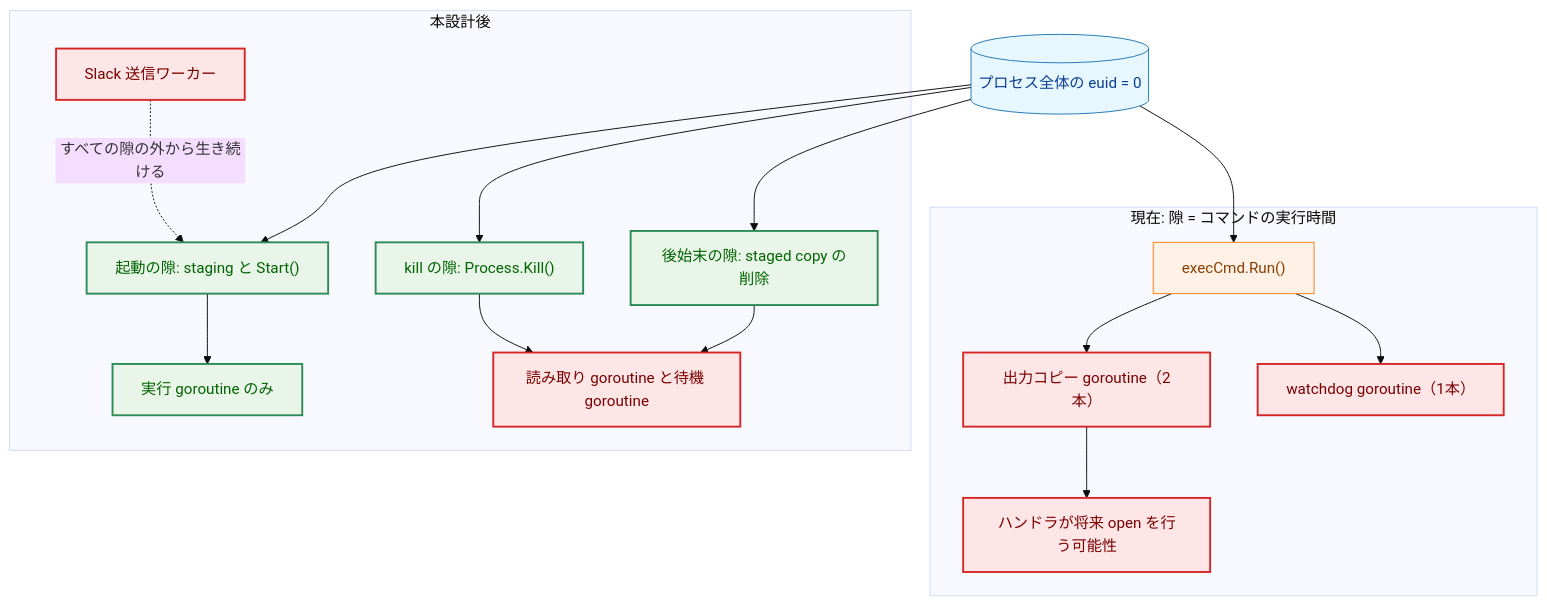
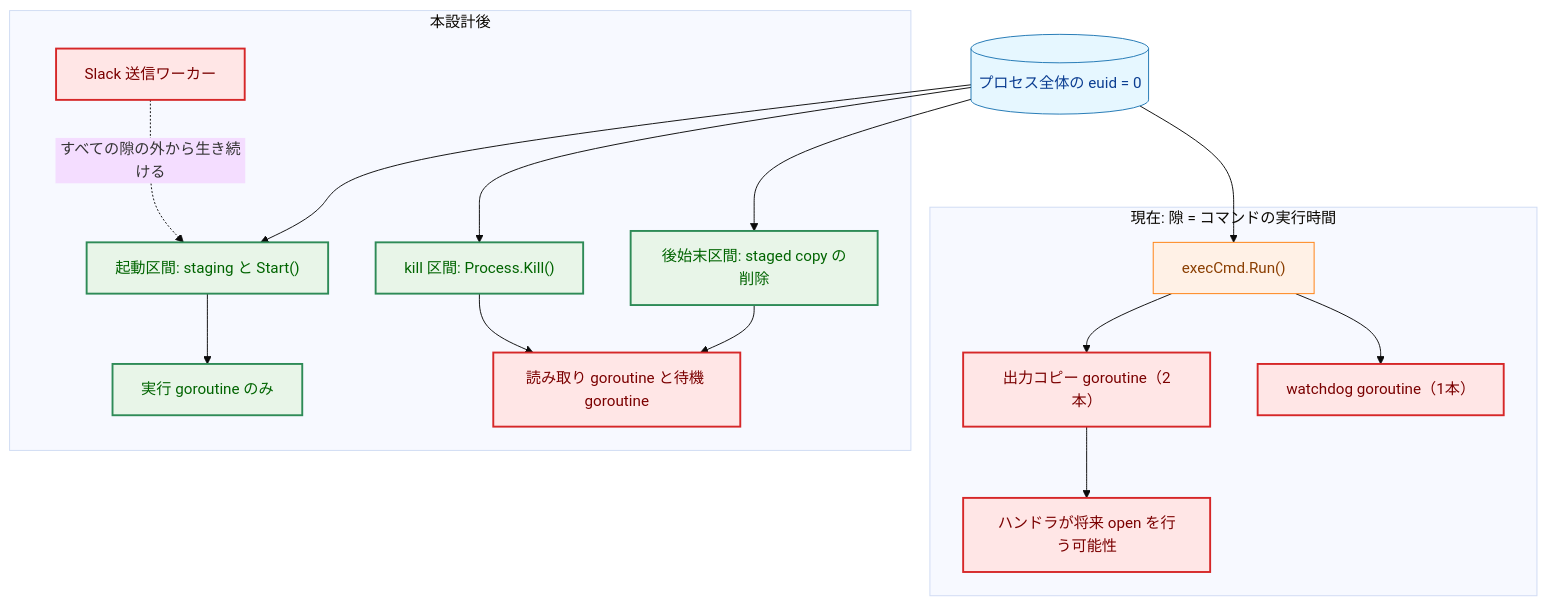
One commit to isseis/go-safe-cmd-runner changed the ninth of 13 diagrams in docs/tasks/0171_privilege_gap_narrowing/02_architecture.md. Above: the diagram before and after it, drawn with Mermaid (base theme). The commit also changed other lines of this file and 1 other file, not shown here.

````diff
--- a/docs/tasks/0171_privilege_gap_narrowing/02_architecture.md
+++ b/docs/tasks/0171_privilege_gap_narrowing/02_architecture.md
@@ -945,44 +945,44 @@
 ```mermaid
 flowchart TD
     classDef data fill:#e6f7ff,stroke:#1f77b4,stroke-width:1px,color:#0b3d91;
     classDef process fill:#fff1e6,stroke:#ff7f0e,stroke-width:1px,color:#8a3e00;
     classDef problem fill:#ffe6e6,stroke:#d62728,stroke-width:2px,color:#7b0000;
     classDef enhanced fill:#e8f5e8,stroke:#2e8b57,stroke-width:2px,color:#006400;
 
     EUID[("プロセス全体の euid = 0")]
 
     subgraph NOW["現在: 隙 = コマンドの実行時間"]
         N1["execCmd.Run()"]
         N2["出力コピー goroutine（2本）"]
         N3["watchdog goroutine（1本）"]
         N4["ハンドラが将来 open を行う可能性"]
         N1 --> N2
         N1 --> N3
         N2 --> N4
     end
 
     subgraph NEXT["本設計後"]
-        X1["起動の隙: staging と Start()"]
+        X1["起動区間: staging と Start()"]
         X2["実行 goroutine のみ"]
-        X3["kill の隙: Process.Kill()"]
-        X4["後始末の隙: staged copy の削除"]
+        X3["kill 区間: Process.Kill()"]
+        X4["後始末区間: staged copy の削除"]
         X5["読み取り goroutine と待機 goroutine"]
         X6["Slack 送信ワーカー"]
         X1 --> X2
         X3 --> X5
         X4 --> X5
     end
 
     EUID --> N1
     EUID --> X1
     EUID --> X3
     EUID --> X4
     X6 -.->|"すべての隙の外から生き続ける"| X1
 
     class EUID data
     class N1 process
     class N2,N3,N4 problem
     class X1,X2 enhanced
     class X3,X4 enhanced
     class X5,X6 problem
 ```
````
